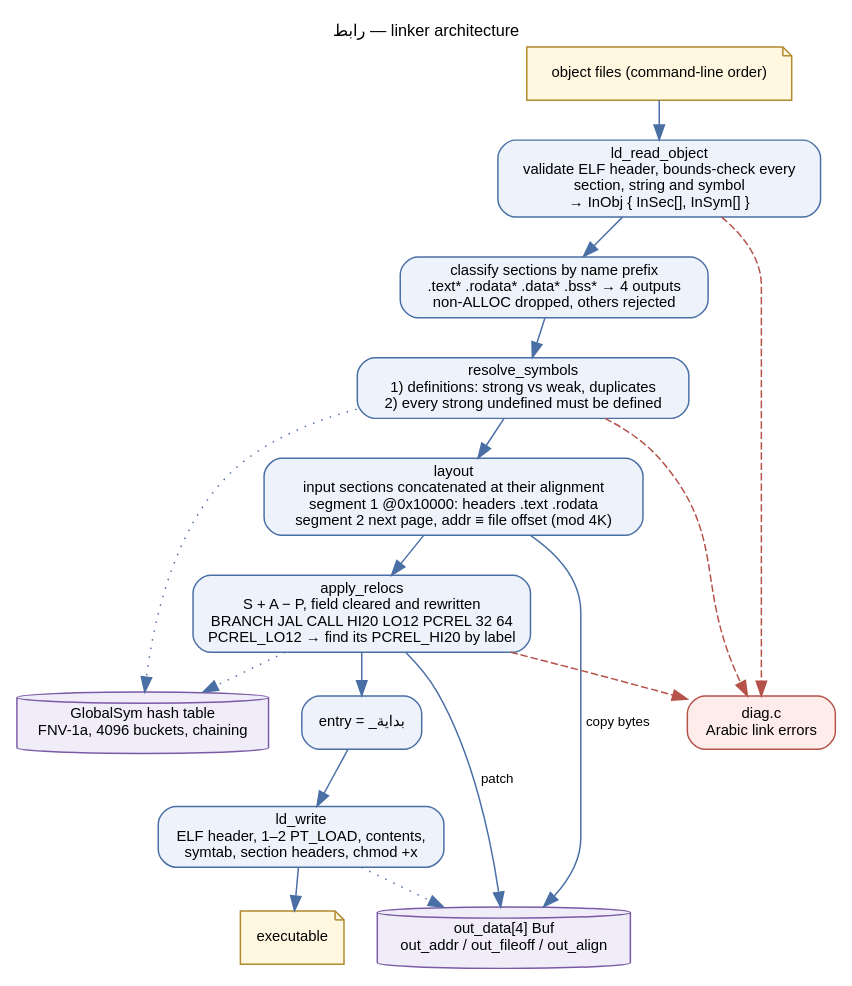
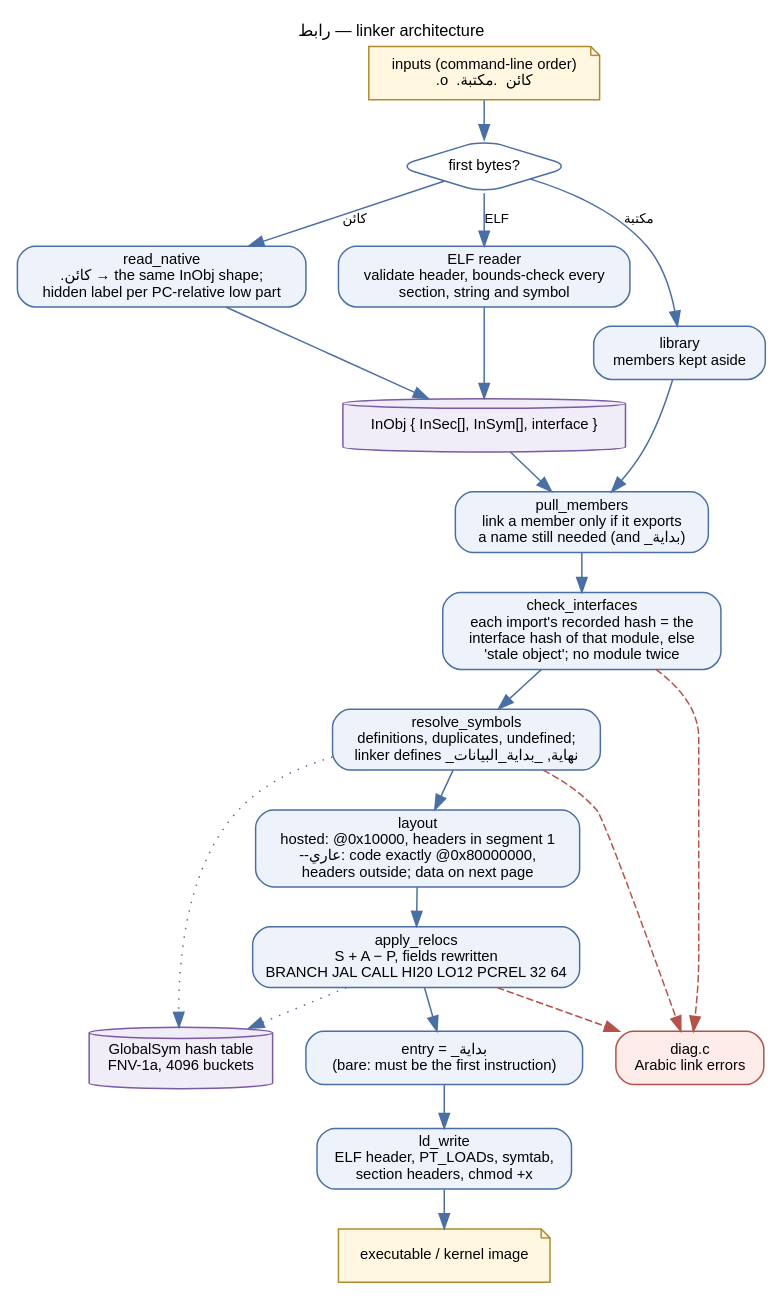
One commit to MahmoudEmad1491999/arabic-riscv-toolchain changed the diagram in docs/diagrams/linker.dot. Above: the diagram before and after it, drawn with Graphviz. The commit also changed 29 other files, not shown here.

First line of the commit message:
Architecture diagrams for the whole project

```diff
--- a/docs/diagrams/linker.dot
+++ b/docs/diagrams/linker.dot
@@ -1,28 +1,33 @@
 // Internals of رابط (src/ld + src/common).
 digraph linker {
   graph [rankdir=TB, fontname="Helvetica", fontsize=11, nodesep=0.3, ranksep=0.35,
          label="رابط — linker architecture", labelloc=t];
   node  [fontname="Helvetica", fontsize=10, shape=box, style="rounded,filled", fillcolor="#eef3fb", color="#4a6fa5"];
   edge  [fontname="Helvetica", fontsize=9, color="#4a6fa5"];
 
-  in    [label="object files (command-line order)", shape=note, fillcolor="#fff7e0", color="#b08a2e"];
-  read  [label="ld_read_object\nvalidate ELF header, bounds-check every\nsection, string and symbol\n→ InObj { InSec[], InSym[] }"];
-  cls   [label="classify sections by name prefix\n.text* .rodata* .data* .bss* → 4 outputs\nnon-ALLOC dropped, others rejected"];
-  res   [label="resolve_symbols\n1) definitions: strong vs weak, duplicates\n2) every strong undefined must be defined"];
-  lay   [label="layout\ninput sections concatenated at their alignment\nsegment 1 @0x10000: headers .text .rodata\nsegment 2 next page, addr ≡ file offset (mod 4K)"];
-  rel   [label="apply_relocs\nS + A − P, field cleared and rewritten\nBRANCH JAL CALL HI20 LO12 PCREL 32 64\nPCREL_LO12 → find its PCREL_HI20 by label"];
-  ent   [label="entry = _بداية"];
-  wr    [label="ld_write\nELF header, 1–2 PT_LOAD, contents,\nsymtab, section headers, chmod +x"];
-  out   [label="executable", shape=note, fillcolor="#fff7e0", color="#b08a2e"];
-
-  gsym  [label="GlobalSym hash table\nFNV-1a, 4096 buckets, chaining", shape=cylinder, fillcolor="#f0ecf8", color="#7a5aa6"];
-  obuf  [label="out_data[4] Buf\nout_addr / out_fileoff / out_align", shape=cylinder, fillcolor="#f0ecf8", color="#7a5aa6"];
+  in    [label="inputs (command-line order)\n.o  .كائن  .مكتبة", shape=note, fillcolor="#fff7e0", color="#b08a2e"];
+  magic [label="first bytes?", shape=diamond, fillcolor="#ffffff"];
+  relf  [label="ELF reader\nvalidate header, bounds-check every\nsection, string and symbol"];
+  rnat  [label="read_native\n.كائن → the same InObj shape;\nhidden label per PC-relative low part"];
+  rlib  [label="library\nmembers kept aside"];
+  inobj [label="InObj { InSec[], InSym[], interface }", shape=cylinder, fillcolor="#f0ecf8", color="#7a5aa6"];
+  pull  [label="pull_members\nlink a member only if it exports\na name still needed (and _بداية)"];
+  iface [label="check_interfaces\neach import's recorded hash = the\ninterface hash of that module, else\n'stale object'; no module twice"];
+  res   [label="resolve_symbols\ndefinitions, duplicates, undefined;\nlinker defines _نهاية, _بداية_البيانات"];
+  lay   [label="layout\nhosted: @0x10000, headers in segment 1\n--عاري: code exactly @0x80000000,\nheaders outside; data on next page"];
+  rel   [label="apply_relocs\nS + A − P, fields rewritten\nBRANCH JAL CALL HI20 LO12 PCREL 32 64"];
+  ent   [label="entry = _بداية\n(bare: must be the first instruction)"];
+  wr    [label="ld_write\nELF header, PT_LOADs, symtab,\nsection headers, chmod +x"];
+  out   [label="executable / kernel image", shape=note, fillcolor="#fff7e0", color="#b08a2e"];
+  gsym  [label="GlobalSym hash table\nFNV-1a, 4096 buckets", shape=cylinder, fillcolor="#f0ecf8", color="#7a5aa6"];
   diag  [label="diag.c\nArabic link errors", fillcolor="#fdecea", color="#b5524a"];
 
-  in -> read -> cls -> res -> lay -> rel -> ent -> wr -> out;
+  in -> magic;
+  magic -> relf [label="ELF"]; magic -> rnat [label="كائن"]; magic -> rlib [label="مكتبة"];
+  relf -> inobj; rnat -> inobj; rlib -> pull; inobj -> pull;
+  pull -> iface -> res -> lay -> rel -> ent -> wr -> out;
   res -> gsym [style=dotted]; rel -> gsym [style=dotted];
-  lay -> obuf [label="copy bytes"]; rel -> obuf [label="patch"]; wr -> obuf [style=dotted];
-  read -> diag [style=dashed, color="#b5524a"];
+  iface -> diag [style=dashed, color="#b5524a"];
   res -> diag [style=dashed, color="#b5524a"];
   rel -> diag [style=dashed, color="#b5524a"];
 }
```
